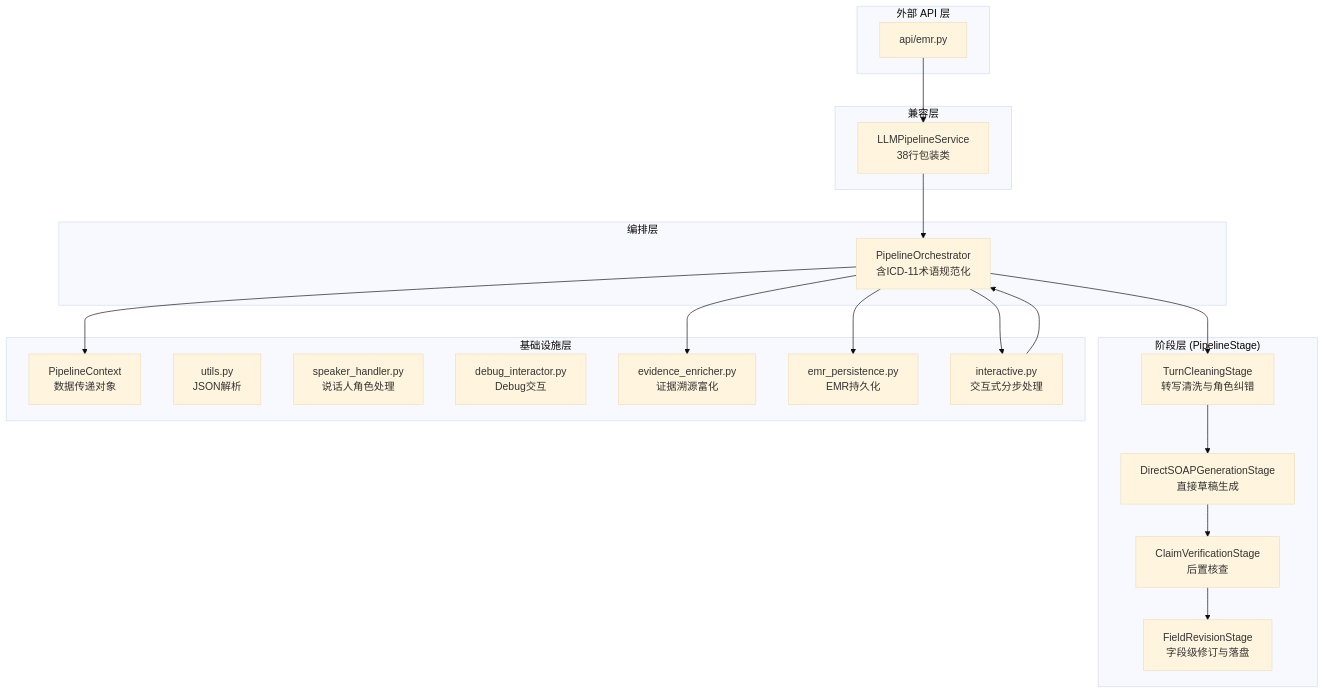
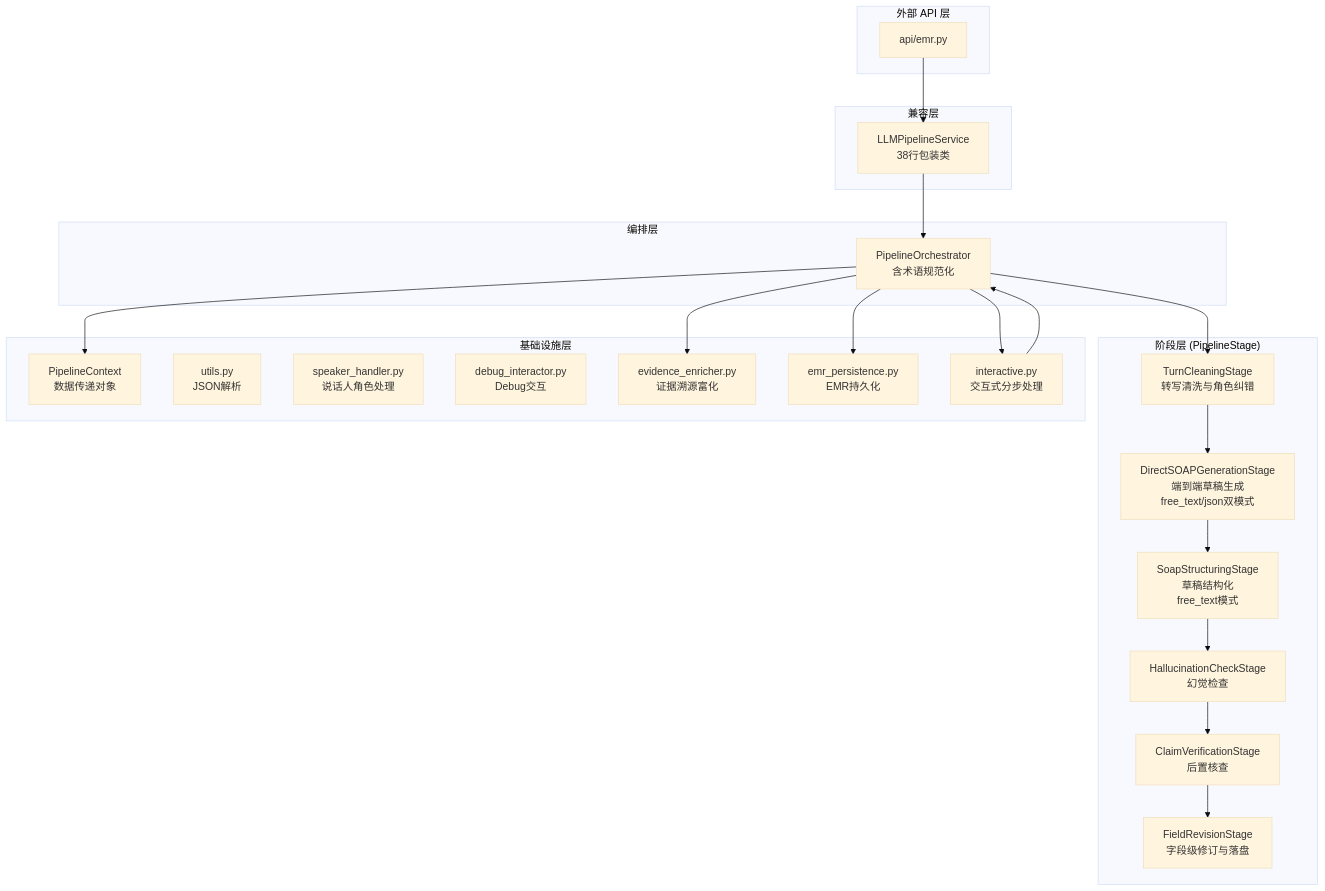
Diagram 22 of 26 in docs/architecture.md (LiGaohe/MedicalAssistant), drawn with Mermaid (base theme) before and after one commit. The commit also changed other lines of this file and 52 other files, not shown here.

````diff
--- a/docs/architecture.md
+++ b/docs/architecture.md
@@ -1170,43 +1217,47 @@
 ```mermaid
 graph TB
     subgraph "外部 API 层"
         EMR_API[api/emr.py]
     end
 
     subgraph "兼容层"
         LSP[LLMPipelineService<br/>38行包装类]
     end
 
     subgraph "编排层"
-        ORC[PipelineOrchestrator<br/>含ICD-11术语规范化]
+        ORC[PipelineOrchestrator<br/>含术语规范化]
     end
 
     subgraph "阶段层 (PipelineStage)"
         TCS[TurnCleaningStage<br/>转写清洗与角色纠错]
-        DSG[DirectSOAPGenerationStage<br/>直接草稿生成]
+        DSG[DirectSOAPGenerationStage<br/>端到端草稿生成<br/>free_text/json双模式]
+        SSS[SoapStructuringStage<br/>草稿结构化<br/>free_text模式]
+        HCS[HallucinationCheckStage<br/>幻觉检查]
         CVS[ClaimVerificationStage<br/>后置核查]
         FRS[FieldRevisionStage<br/>字段级修订与落盘]
     end
 
     subgraph "基础设施层"
         CTX[PipelineContext<br/>数据传递对象]
         UTIL[utils.py<br/>JSON解析]
         SPK[speaker_handler.py<br/>说话人角色处理]
         DBG[debug_interactor.py<br/>Debug交互]
         EVI[evidence_enricher.py<br/>证据溯源富化]
         EMR_P[emr_persistence.py<br/>EMR持久化]
         INT[interactive.py<br/>交互式分步处理]
     end
 
     EMR_API --> LSP
     LSP --> ORC
     ORC --> TCS
     TCS --> DSG
-    DSG --> CVS
+    DSG --> SSS
+    SSS --> HCS
+    HCS --> CVS
     CVS --> FRS
     ORC --> CTX
     ORC --> EMR_P
     ORC --> EVI
     ORC --> INT
     INT --> ORC
 ```
````
